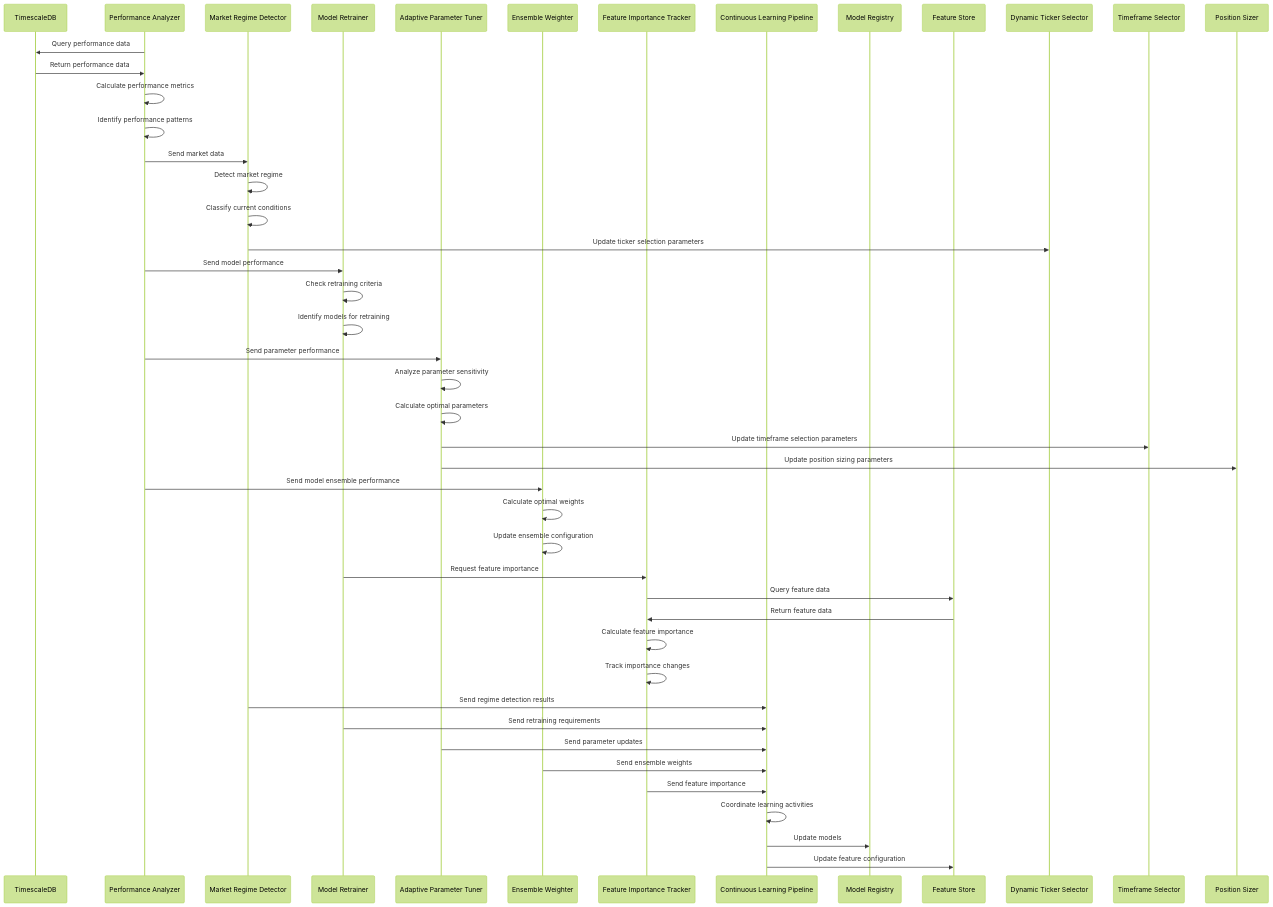
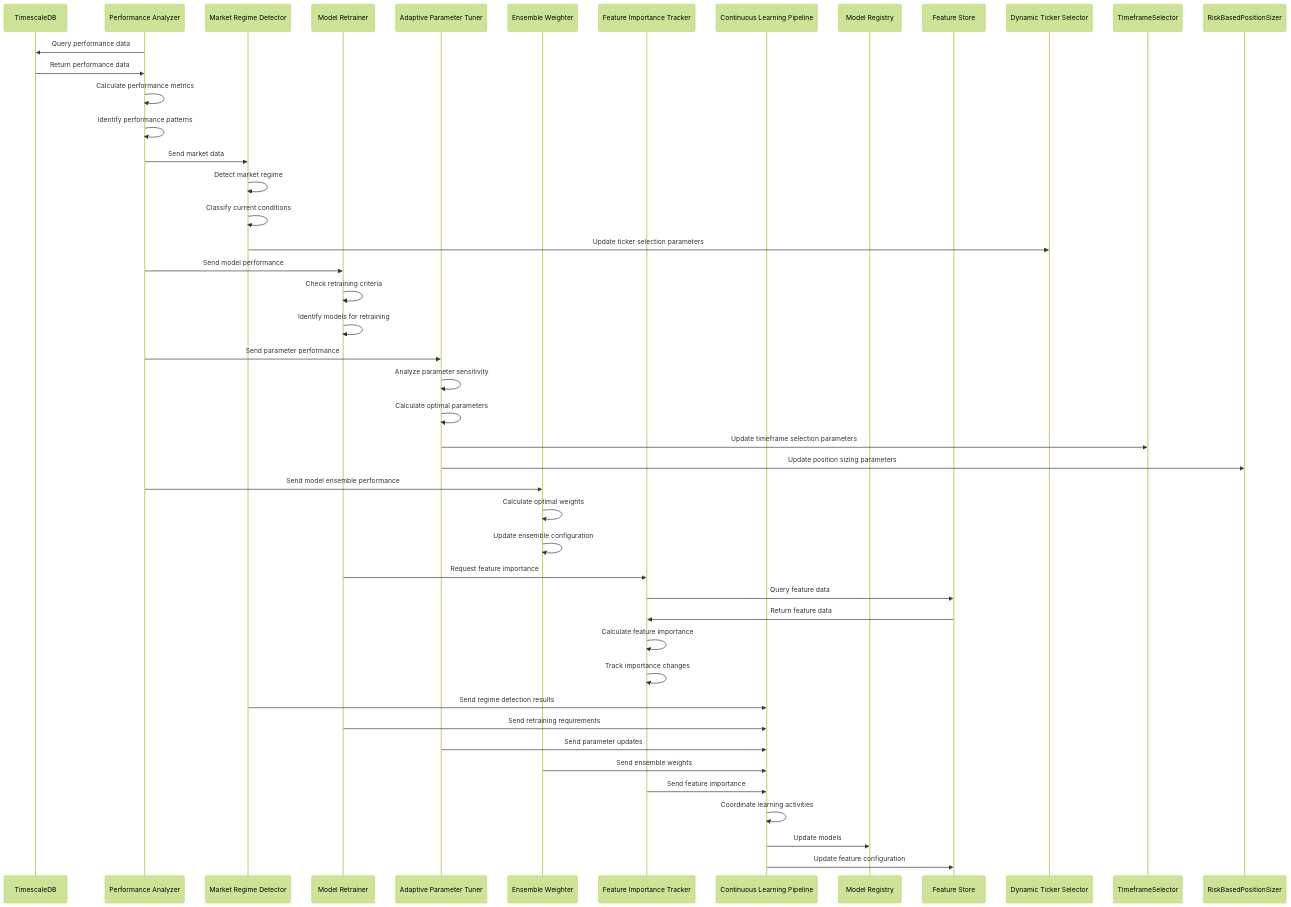
Before and after one commit to Slusheeking/INAVVI_0.0.1: diagram 13 of 18 in docs/03_autonomous_trading_system_workflow.md, drawn with Mermaid (forest theme). The commit also changed other lines of this file and 23 other files, not shown here.

````diff
--- a/docs/03_autonomous_trading_system_workflow.md
+++ b/docs/03_autonomous_trading_system_workflow.md
@@ -565,57 +568,57 @@
 ```mermaid
 sequenceDiagram
     participant TS1 as TimescaleDB
     participant PA as Performance Analyzer
     participant MRD as Market Regime Detector
     participant MRT as Model Retrainer
     participant APT as Adaptive Parameter Tuner
     participant EW as Ensemble Weighter
     participant FIT as Feature Importance Tracker
     participant CLP as Continuous Learning Pipeline
     participant MR as Model Registry
     participant FS as Feature Store
     participant DTS as Dynamic Ticker Selector
-    participant TS as Timeframe Selector
-    participant PS as Position Sizer
+    participant TSel as TimeframeSelector
+    participant PS as RiskBasedPositionSizer
     
     PA->>TS1: Query performance data
     TS1->>PA: Return performance data
     
     PA->>PA: Calculate performance metrics
     PA->>PA: Identify performance patterns
     
     PA->>MRD: Send market data
     MRD->>MRD: Detect market regime
     MRD->>MRD: Classify current conditions
     MRD->>DTS: Update ticker selection parameters
     
     PA->>MRT: Send model performance
     MRT->>MRT: Check retraining criteria
     MRT->>MRT: Identify models for retraining
     
     PA->>APT: Send parameter performance
     APT->>APT: Analyze parameter sensitivity
     APT->>APT: Calculate optimal parameters
-    APT->>TS: Update timeframe selection parameters
+    APT->>TSel: Update timeframe selection parameters
     APT->>PS: Update position sizing parameters
     
     PA->>EW: Send model ensemble performance
     EW->>EW: Calculate optimal weights
     EW->>EW: Update ensemble configuration
     
     MRT->>FIT: Request feature importance
     FIT->>FS: Query feature data
     FS->>FIT: Return feature data
     FIT->>FIT: Calculate feature importance
     FIT->>FIT: Track importance changes
     
     MRD->>CLP: Send regime detection results
     MRT->>CLP: Send retraining requirements
     APT->>CLP: Send parameter updates
     EW->>CLP: Send ensemble weights
     FIT->>CLP: Send feature importance
     
     CLP->>CLP: Coordinate learning activities
     CLP->>MR: Update models
     CLP->>FS: Update feature configuration
 ```
````
